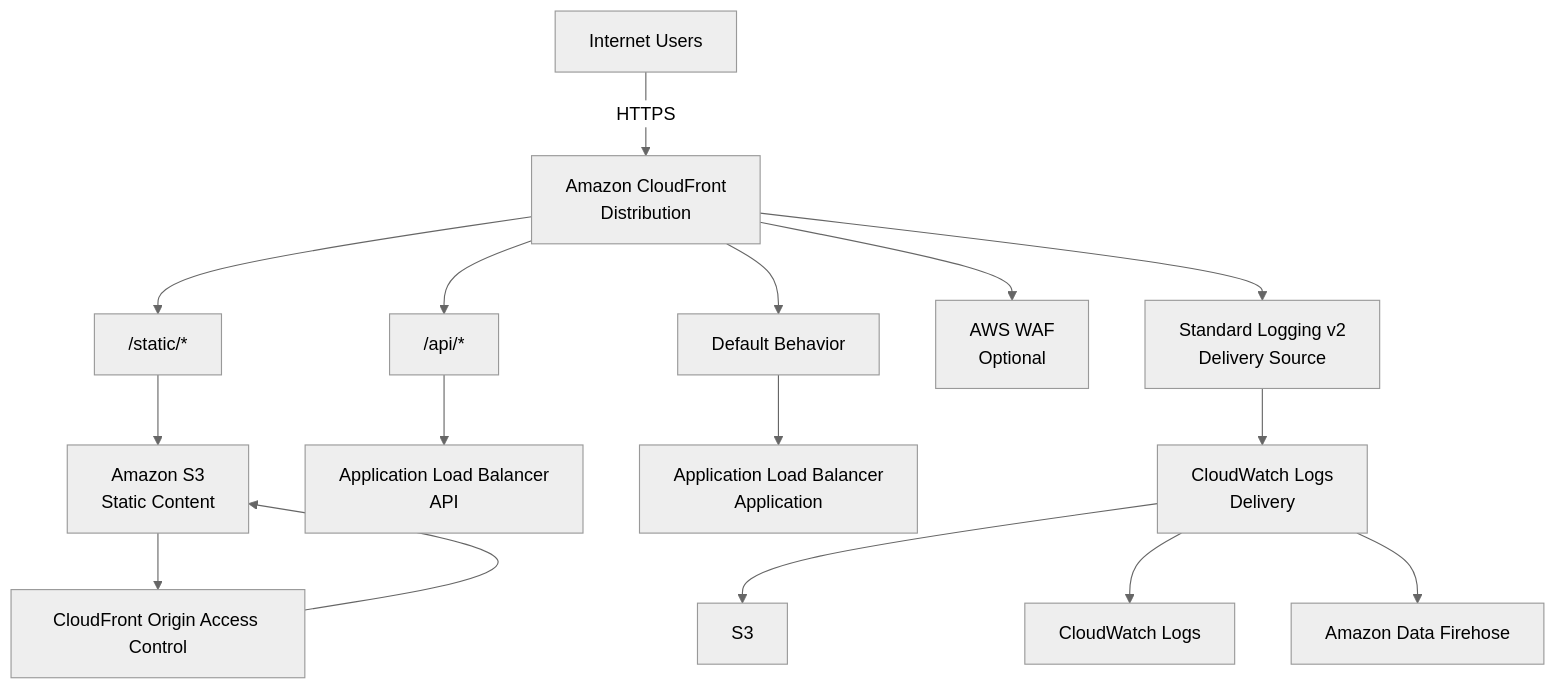
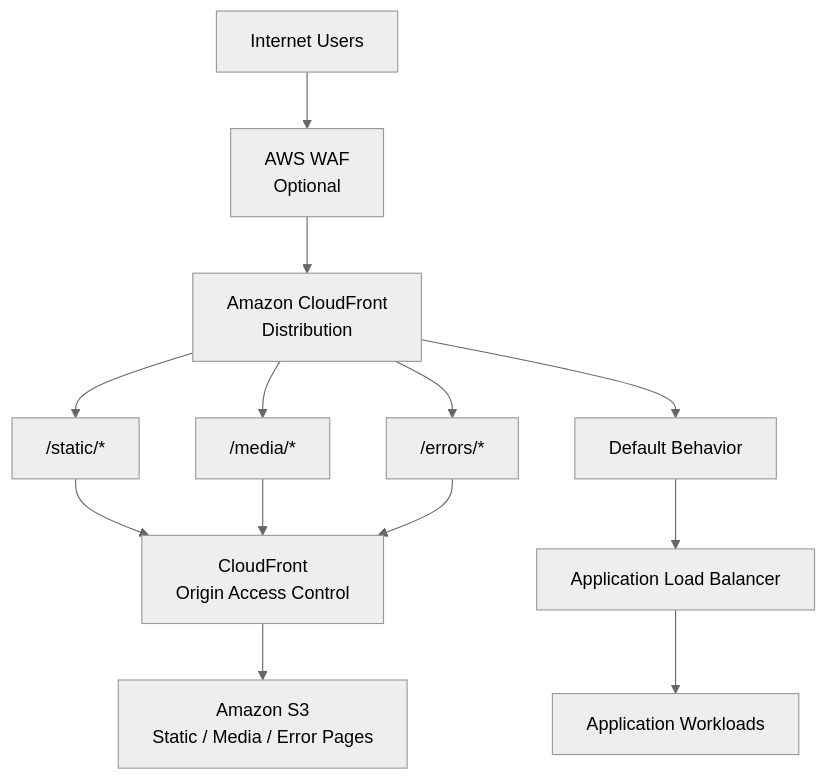
One commit to iamwonodi/terraform-aws-cloudfront changed the first of 3 diagrams in README.md. Above: the diagram before and after it, drawn with Mermaid (neutral theme). The commit also changed other lines of this file and 3 other files, not shown here.

Commit message:
feat: add custom CloudFront error responses

````diff
--- a/README.md
+++ b/README.md
@@ -85,30 +93,38 @@
 ```mermaid
 flowchart TB
 
-    USERS["Internet Users"]
+    USER["Internet Users"]
+
+    WAF["AWS WAF<br/>Optional"]
 
     CF["Amazon CloudFront<br/>Distribution"]
 
-    USERS -->|HTTPS| CF
+    STATIC["/static/*"]
+    MEDIA["/media/*"]
+    ERRORS["/errors/*"]
+    DEFAULT["Default Behavior"]
 
-    CF --> STATIC["/static/*"]
-    CF --> API["/api/*"]
-    CF --> DEFAULT["Default Behavior"]
+    S3["Amazon S3<br/>Static / Media / Error Pages"]
 
-    STATIC --> S3["Amazon S3<br/>Static Content"]
-    API --> ALB_API["Application Load Balancer<br/>API"]
-    DEFAULT --> ALB_APP["Application Load Balancer<br/>Application"]
+    ALB["Application Load Balancer"]
+    APP["Application Workloads"]
 
-    S3 --> OAC["CloudFront Origin Access Control"]
+    OAC["CloudFront<br/>Origin Access Control"]
+
+    USER --> WAF
+    WAF --> CF
+
+    CF --> STATIC
+    CF --> MEDIA
+    CF --> ERRORS
+    CF --> DEFAULT
+
+    STATIC --> OAC
+    MEDIA --> OAC
+    ERRORS --> OAC
+
     OAC --> S3
 
-    CF --> WAF["AWS WAF<br/>Optional"]
-
-    CF --> LOGSOURCE["Standard Logging v2<br/>Delivery Source"]
-
-    LOGSOURCE --> DELIVERY["CloudWatch Logs<br/>Delivery"]
-
-    DELIVERY --> S3LOG["S3"]
-    DELIVERY --> CWLOG["CloudWatch Logs"]
-    DELIVERY --> FIREHOSE["Amazon Data Firehose"]
+    DEFAULT --> ALB
+    ALB --> APP
 ```
````
